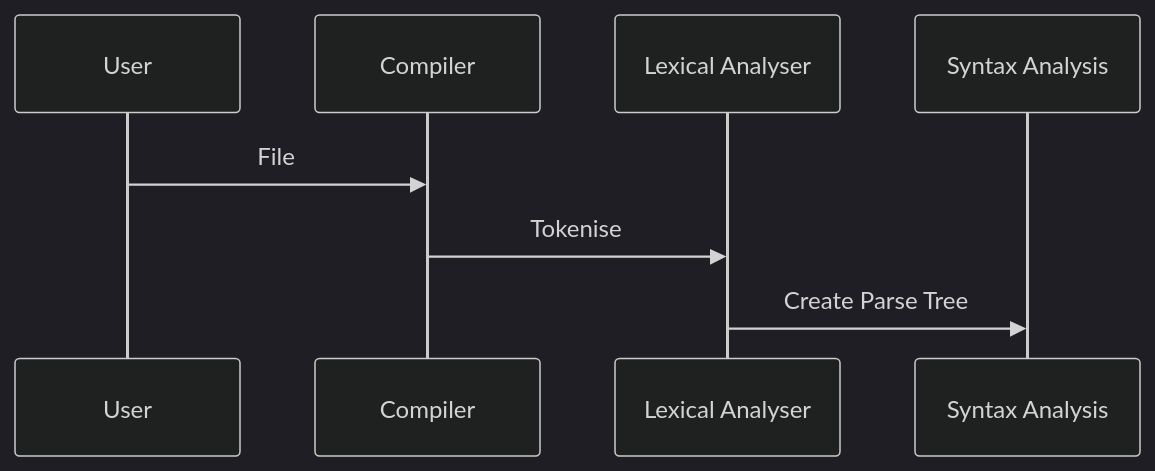
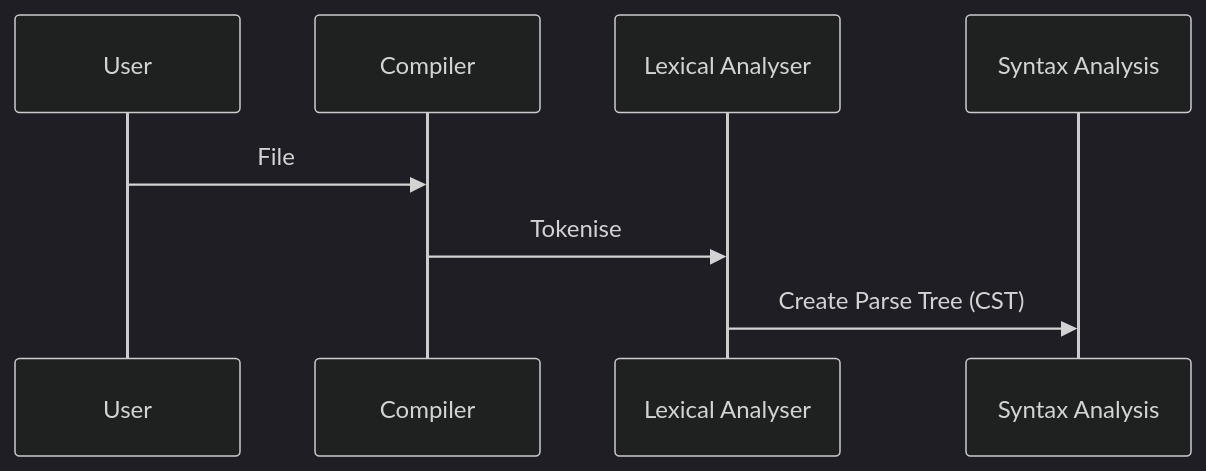
One commit to trshant-sugoi/stackedit changed the diagram in drafts/2019-02-25-Compiler-I-AST.md. Above: the diagram before and after it, drawn with Mermaid (dark theme). The commit also changed other lines of this file, not shown here.

````diff
--- a/drafts/2019-02-25-Compiler-I-AST.md
+++ b/drafts/2019-02-25-Compiler-I-AST.md
@@ -18,7 +18,7 @@
 ```mermaid
 sequenceDiagram
 User ->> Compiler: File  
 
 Compiler ->> Lexical Analyser: Tokenise  
-Lexical Analyser ->> Syntax Analysis: Create Parse Tree 
+Lexical Analyser ->> Syntax Analysis: Create Parse Tree (CST) 
 ```
````
